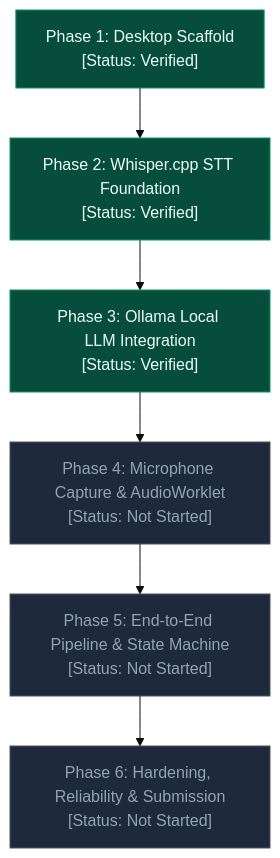
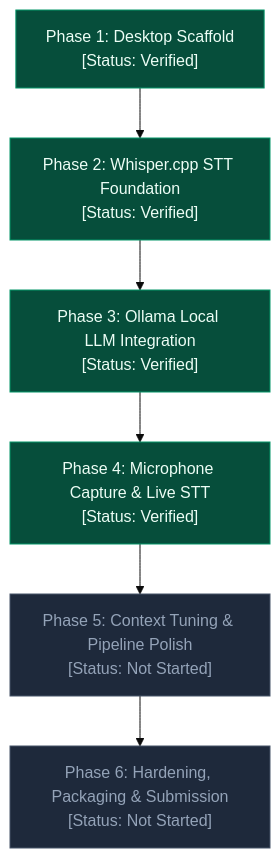
The diagram in docs/PROJECT_ROADMAP.md (AbhiJeetSoni22/Local-AI-Conversation-Assistant), drawn with Mermaid (base theme) before and after one commit. The commit also changed other lines of this file and 19 other files, not shown here.

Commit message:
feat: implement Phase 4 audio capture, resampling, queueing, and Whisper IPC integration

````diff
--- a/docs/PROJECT_ROADMAP.md
+++ b/docs/PROJECT_ROADMAP.md
@@ -15,13 +15,13 @@
 ```mermaid
 flowchart TD
     P1["Phase 1: Desktop Scaffold<br/>[Status: Verified]"] --> P2["Phase 2: Whisper.cpp STT Foundation<br/>[Status: Verified]"]
     P2 --> P3["Phase 3: Ollama Local LLM Integration<br/>[Status: Verified]"]
-    P3 --> P4["Phase 4: Microphone Capture & AudioWorklet<br/>[Status: Not Started]"]
-    P4 --> P5["Phase 5: End-to-End Pipeline & State Machine<br/>[Status: Not Started]"]
-    P5 --> P6["Phase 6: Hardening, Reliability & Submission<br/>[Status: Not Started]"]
+    P3 --> P4["Phase 4: Microphone Capture & Live STT<br/>[Status: Verified]"]
+    P4 --> P5["Phase 5: Context Tuning & Pipeline Polish<br/>[Status: Not Started]"]
+    P5 --> P6["Phase 6: Hardening, Packaging & Submission<br/>[Status: Not Started]"]
 
     classDef done fill:#064e3b,stroke:#059669,color:#ecfdf5;
     classDef pending fill:#1e293b,stroke:#475569,color:#94a3b8;
-    class P1,P2,P3 done;
-    class P4,P5,P6 pending;
+    class P1,P2,P3,P4 done;
+    class P5,P6 pending;
 ```
````
